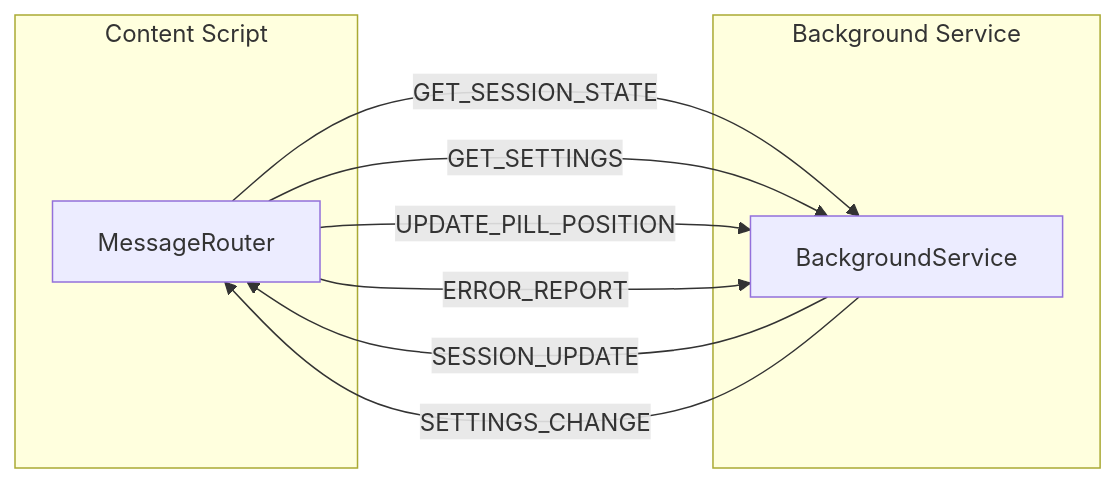
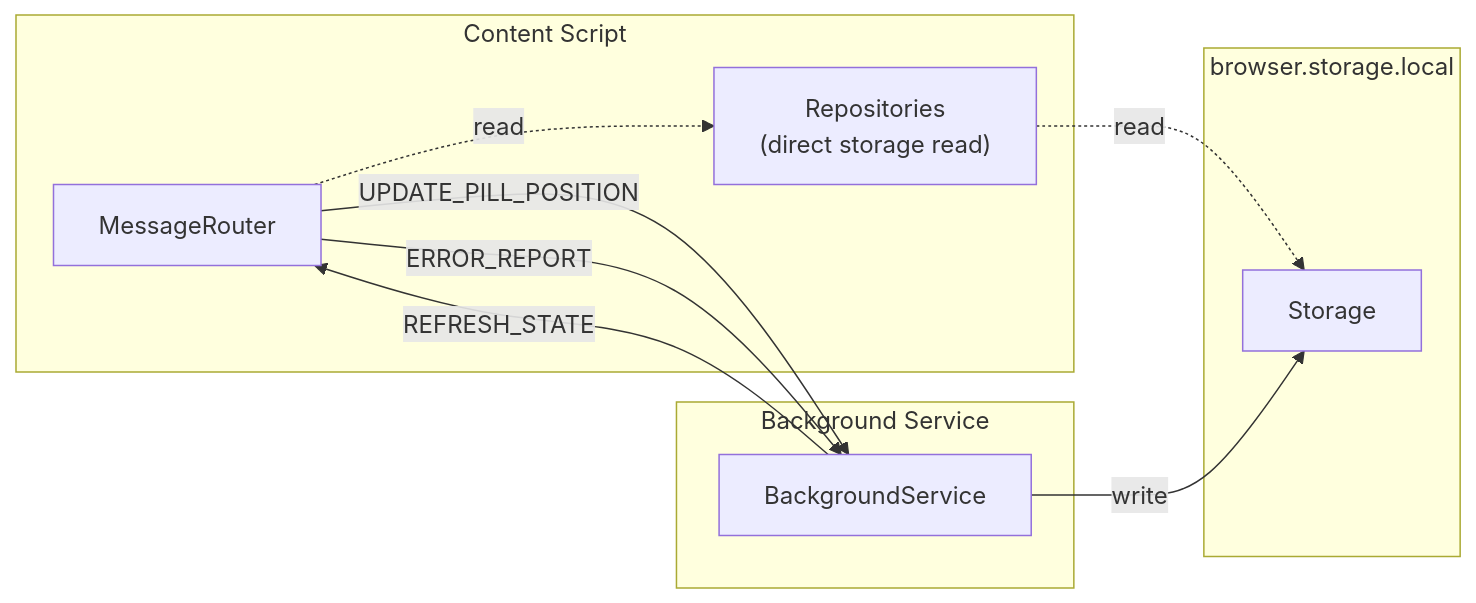
The second of 2 diagrams in docs/architecture-components.md (JayDosunmu/web-time-tracker), drawn with Mermaid before and after one commit. The commit also changed other lines of this file and 4 other files, not shown here.

Commit message:
Update architecture documentation

````diff
--- a/docs/architecture-components.md
+++ b/docs/architecture-components.md
@@ -109,17 +113,22 @@
 ```mermaid
 graph LR
     subgraph Content["Content Script"]
         MR["MessageRouter"]
+        Repos["Repositories<br/>(direct storage read)"]
     end
 
     subgraph Background["Background Service"]
         BS["BackgroundService"]
     end
 
-    MR -->|"GET_SESSION_STATE"| BS
-    MR -->|"GET_SETTINGS"| BS
+    subgraph Storage["browser.storage.local"]
+        ST["Storage"]
+    end
+
     MR -->|"UPDATE_PILL_POSITION"| BS
     MR -->|"ERROR_REPORT"| BS
-    BS -->|"SESSION_UPDATE"| MR
-    BS -->|"SETTINGS_CHANGE"| MR
+    BS -->|"REFRESH_STATE"| MR
+    MR -.->|"read"| Repos
+    Repos -.->|"read"| ST
+    BS -->|"write"| ST
 ```
````
